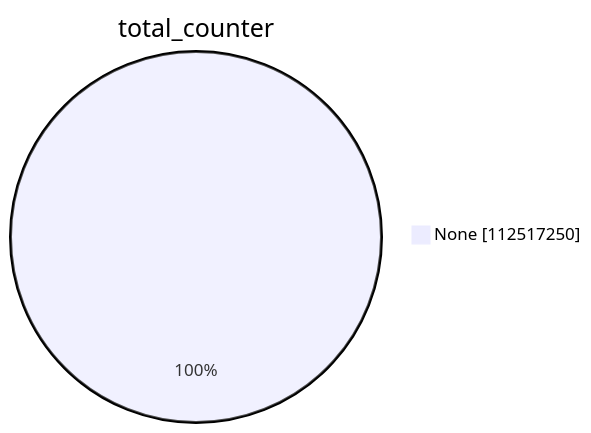
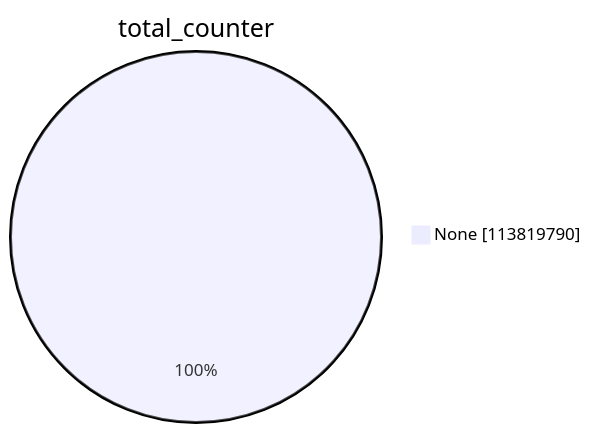
One commit to christiankrug/ctmonitor_visualization changed the first of 15 diagrams in xenon2023/README.md. Above: the diagram before and after it, drawn with Mermaid. The commit also changed other lines of this file, not shown here.

````diff
--- a/xenon2023/README.md
+++ b/xenon2023/README.md
@@ -1,5 +1,5 @@
 ```mermaid
 pie showData
 title total_counter
-"None" :112517250
+"None" :113819790
 ```
````
